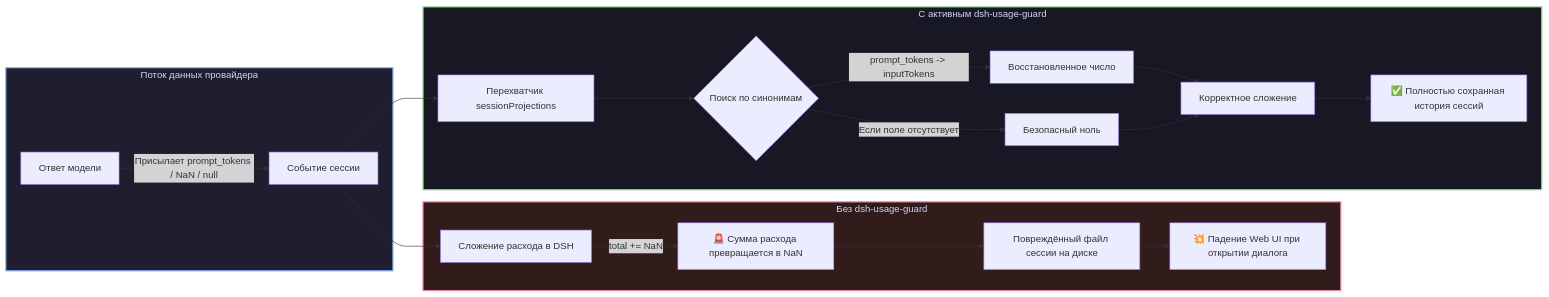
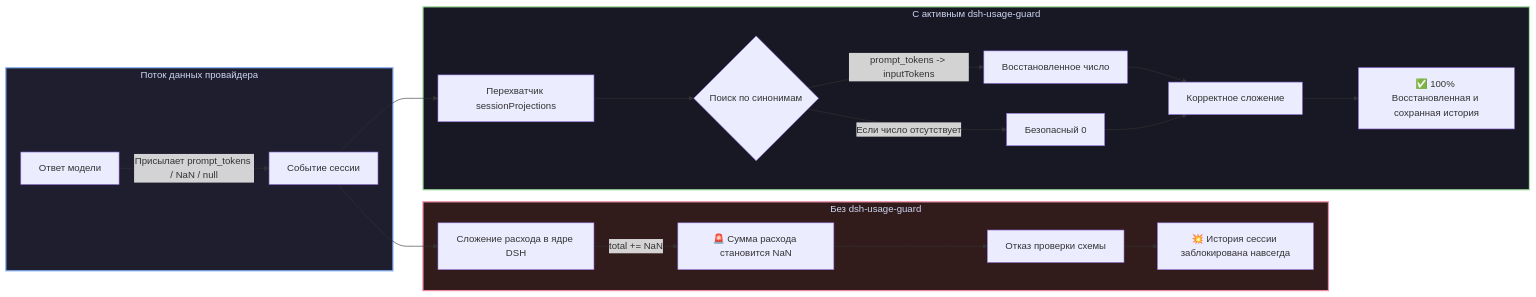
Before and after one commit to GooDAnDReaDY/dsh-usage-guard: the diagram in README.ru.md, drawn with Mermaid. The commit also changed other lines of this file and 2 other files, not shown here.

Commit message:
docs: expand dsh-usage-guard with full code snippets, failure signatures, alias tables & instant replay recovery

````diff
--- a/README.ru.md
+++ b/README.ru.md
@@ -41,27 +46,27 @@
 ```mermaid
 graph LR
     subgraph Malformed [Поток данных провайдера]
         API[Ответ модели] -->|Присылает prompt_tokens / NaN / null| Event[Событие сессии]
     end
 
     subgraph Unprotected [Без dsh-usage-guard]
-        Event --> DSHMath[Сложение расхода в DSH]
-        DSHMath -->|total += NaN| Poison[🚨 Сумма расхода превращается в NaN]
-        Poison --> DiskDead[Повреждённый файл сессии на диске]
-        DiskDead --> Crash[💥 Падение Web UI при открытии диалога]
+        Event --> DSHMath[Сложение расхода в ядре DSH]
+        DSHMath -->|total += NaN| Poison[🚨 Сумма расхода становится NaN]
+        Poison --> SchemaFail[Отказ проверки схемы]
+        SchemaFail --> DeadHistory[💥 История сессии заблокирована навсегда]
     end
 
     subgraph Guarded [С активным dsh-usage-guard]
-        Event --> Interceptor[Перехватчик sessionProjections]
-        Interceptor --> AliasCheck{Поиск по синонимам}
+        Event --> Patch[Перехватчик sessionProjections]
+        Patch --> AliasCheck{Поиск по синонимам}
         AliasCheck -->|prompt_tokens -> inputTokens| Restored[Восстановленное число]
-        AliasCheck -->|Если поле отсутствует| Zero[Безопасный ноль]
+        AliasCheck -->|Если число отсутствует| ZeroFallback[Безопасный 0]
         Restored --> SafeMath[Корректное сложение]
-        Zero --> SafeMath
-        SafeMath --> SafeDisk[✅ Полностью сохранная история сессий]
+        ZeroFallback --> SafeMath
+        SafeMath --> ValidHistory[✅ 100% Восстановленная и сохранная история]
     end
 
     style Malformed fill:#1e1e2e,stroke:#89b4fa,stroke-width:2px,color:#cdd6f4
     style Unprotected fill:#311b1b,stroke:#f38ba8,stroke-width:2px,color:#cdd6f4
     style Guarded fill:#181825,stroke:#a6e3a1,stroke-width:2px,color:#cdd6f4
 ```
````
